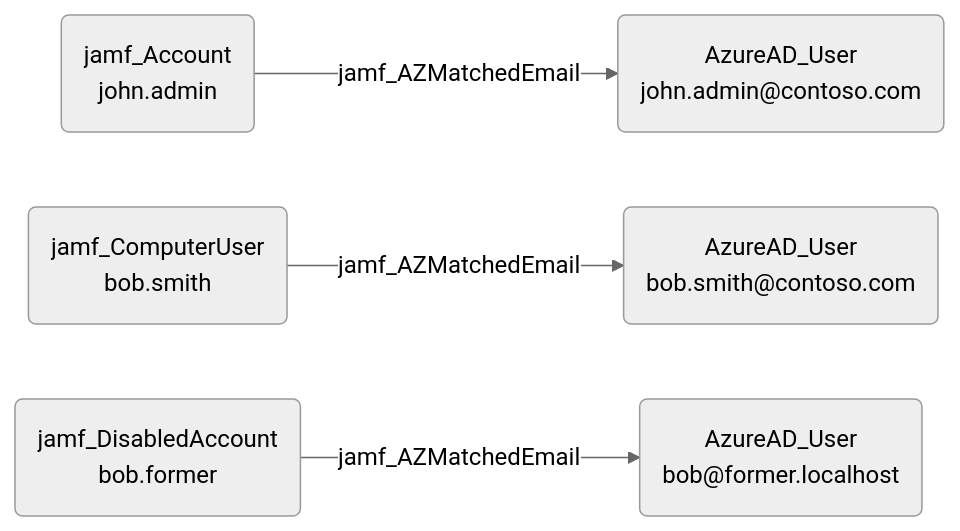
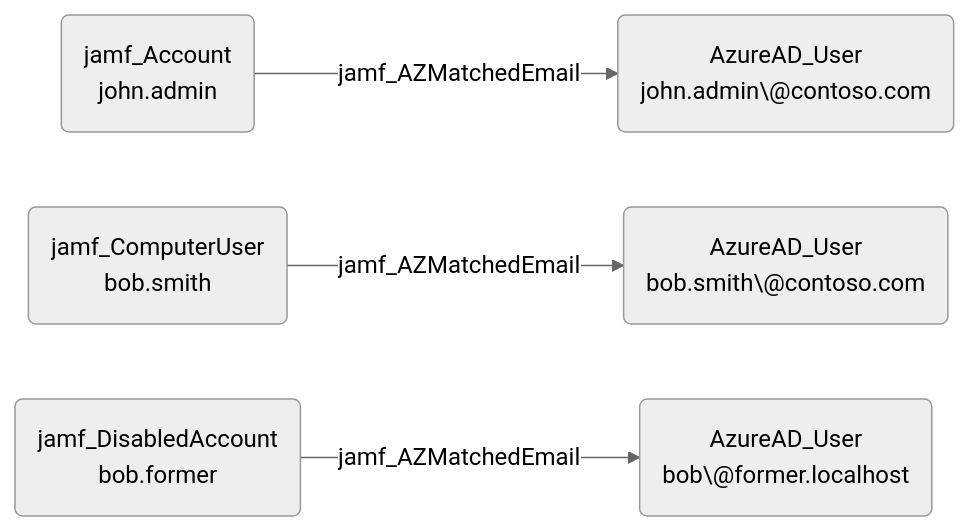
Before and after one commit to SpecterOps/bloodhound-docs: the diagram in docs/opengraph/extensions/jamfhound/reference/edges/jamf_azmatchedemail.mdx, drawn with Mermaid (neutral theme). The commit also changed 4 other files, not shown here.

Commit message:
Update JAMFHound_Internal repo to JamfHound external in reference links, and escape '@' in mermaid diagrams

````diff
--- a/docs/opengraph/extensions/jamfhound/reference/edges/jamf_azmatchedemail.mdx
+++ b/docs/opengraph/extensions/jamfhound/reference/edges/jamf_azmatchedemail.mdx
@@ -19,19 +19,19 @@
 ```mermaid
 graph LR
     A("jamf_Account
 john.admin")
     B("AzureAD_User
-john.admin@contoso.com")
+john.admin\@contoso.com")
     C("jamf_ComputerUser
 bob.smith")
     D("AzureAD_User
-bob.smith@contoso.com")
+bob.smith\@contoso.com")
     E("jamf_DisabledAccount
 bob.former")           
     F("AzureAD_User
-bob@former.localhost")
+bob\@former.localhost")
     
     A -- jamf_AZMatchedEmail --> B
     C -- jamf_AZMatchedEmail --> D
     E -- jamf_AZMatchedEmail --> F
 ```
````
